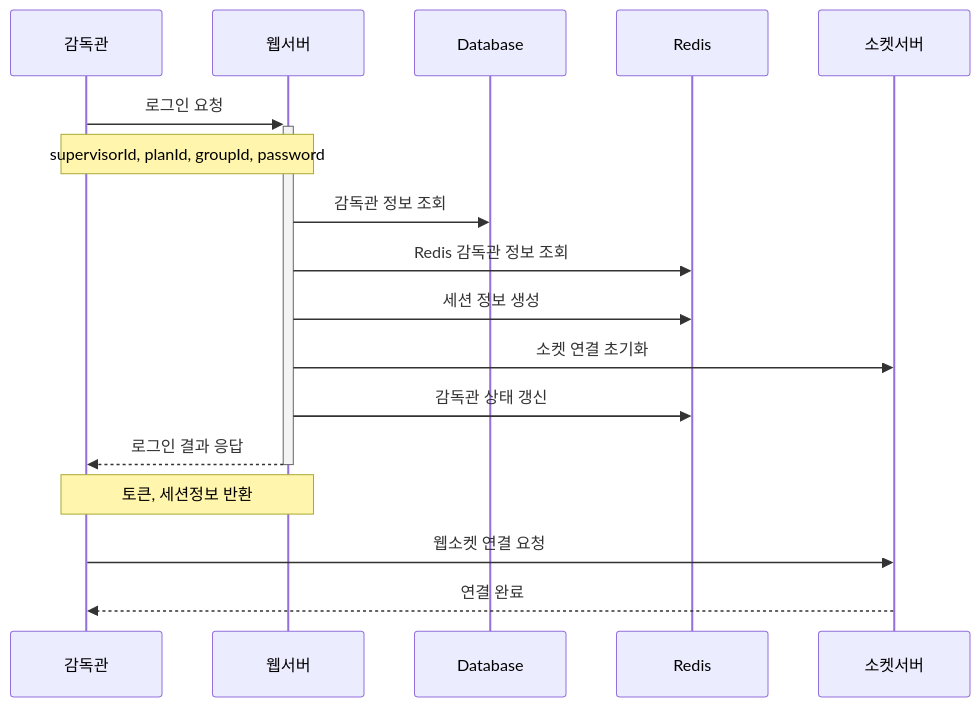
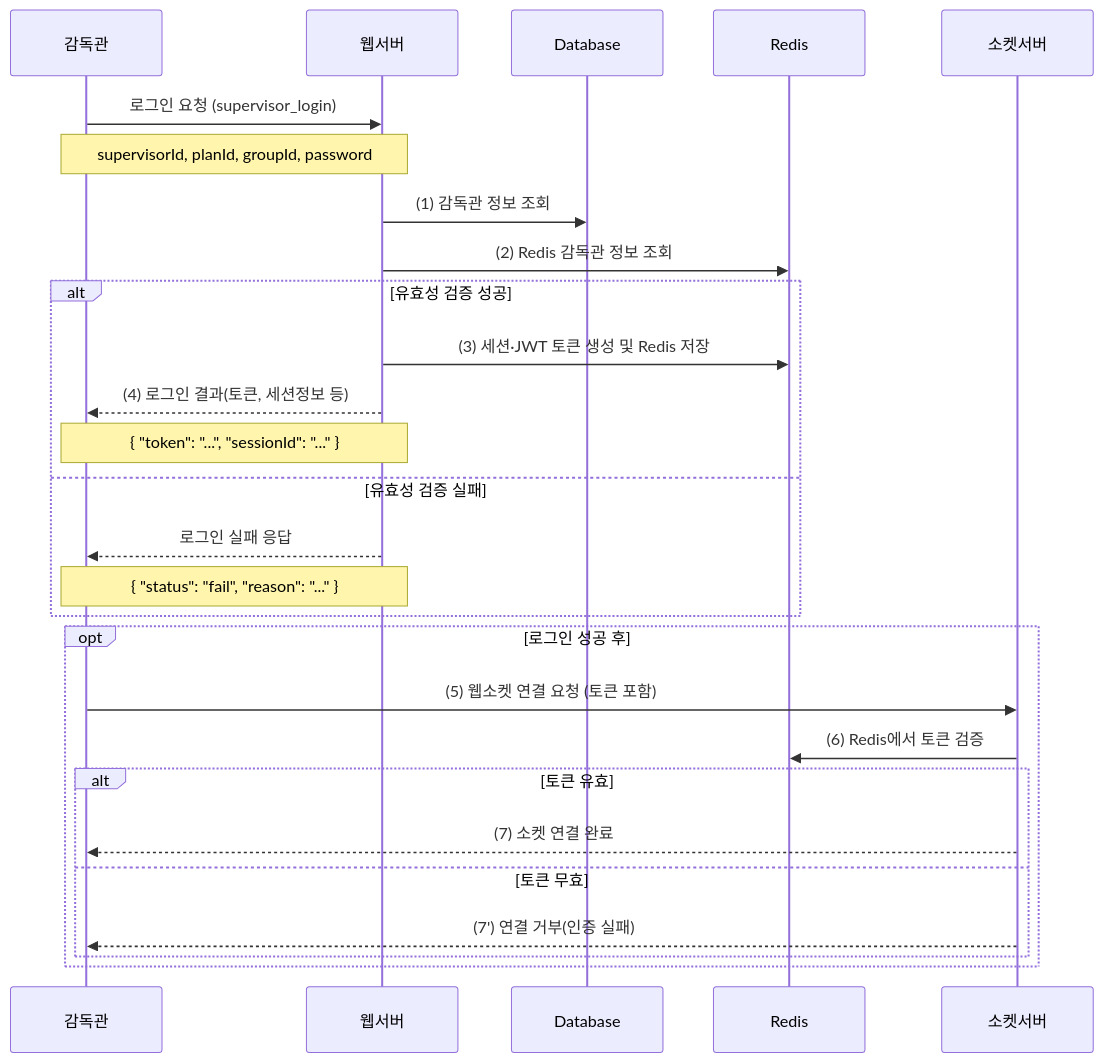
One commit to ldmrepo/exam-arch changed the first of 2 diagrams in 시나리오/03 감독관 로그인 시나리오.md. Above: the diagram before and after it, drawn with Mermaid. The commit also changed other lines of this file, not shown here.

Commit message:
감독관 로그인 시나리오 보완: JWT 기반 인증 및 소켓 연결 시 토큰 검증 추가

````diff
--- a/시나리오/03 감독관 로그인 시나리오.md
+++ b/시나리오/03 감독관 로그인 시나리오.md
@@ -12,25 +18,33 @@
 ```mermaid
 sequenceDiagram
-    participant S as 감독관
-    participant W as 웹서버
-    participant D as Database
-    participant R as Redis
-    participant SK as 소켓서버
+   participant S as 감독관
+   participant W as 웹서버
+   participant D as Database
+   participant R as Redis
+   participant SK as 소켓서버
 
-    S->>+W: 로그인 요청
-    Note over S,W: supervisorId, planId, groupId, password
+   S->>W: 로그인 요청 (supervisor_login)
+   Note over S,W: supervisorId, planId, groupId, password
 
-    W->>D: 감독관 정보 조회
-    W->>R: Redis 감독관 정보 조회
+   W->>D: (1) 감독관 정보 조회
+   W->>R: (2) Redis 감독관 정보 조회
 
-    W->>R: 세션 정보 생성
-    W->>SK: 소켓 연결 초기화
+   alt 유효성 검증 성공
+       W->>R: (3) 세션·JWT 토큰 생성 및 Redis 저장
+       W-->>S: (4) 로그인 결과(토큰, 세션정보 등)
+       Note over S,W: { "token": "...", "sessionId": "..." }
+   else 유효성 검증 실패
+       W-->>S: 로그인 실패 응답
+       Note over S,W: { "status": "fail", "reason": "..." }
+   end
 
-    W->>R: 감독관 상태 갱신
-
-    W-->>-S: 로그인 결과 응답
-    Note over S,W: 토큰, 세션정보 반환
-
-    S->>SK: 웹소켓 연결 요청
-    SK-->>S: 연결 완료
+   opt 로그인 성공 후
+       S->>SK: (5) 웹소켓 연결 요청 (토큰 포함)
+       SK->>R: (6) Redis에서 토큰 검증
+       alt 토큰 유효
+           SK-->>S: (7) 소켓 연결 완료
+       else 토큰 무효
+           SK-->>S: (7') 연결 거부(인증 실패)
+       end
+   end
 ```
````
